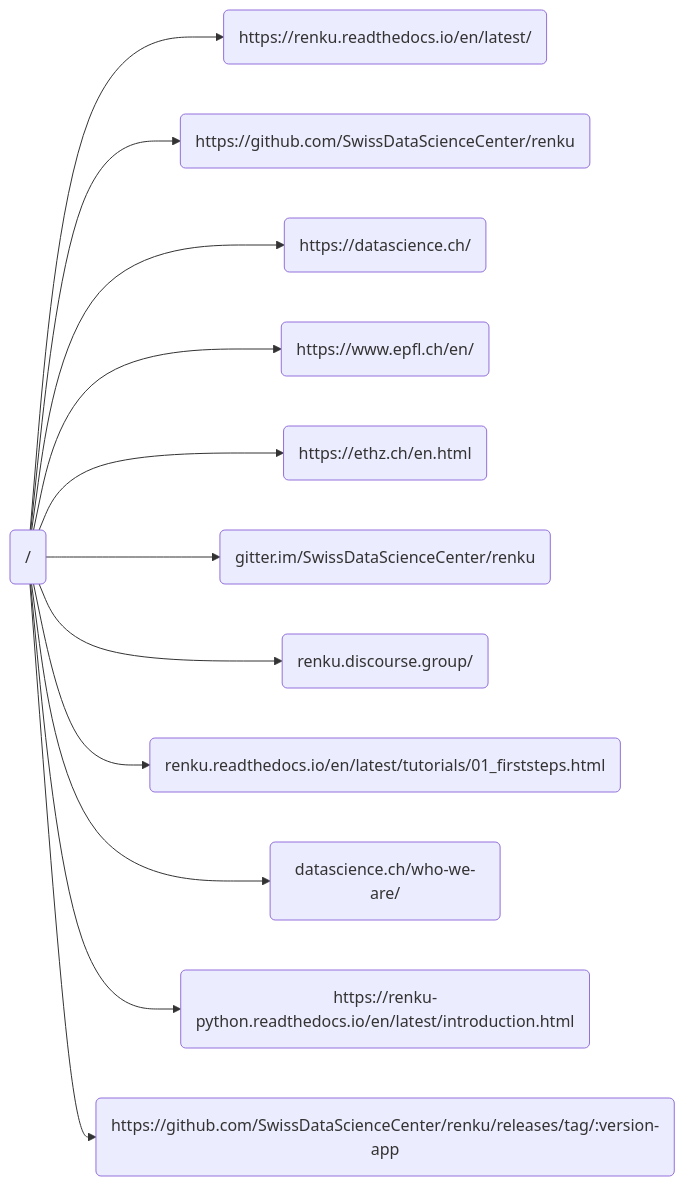
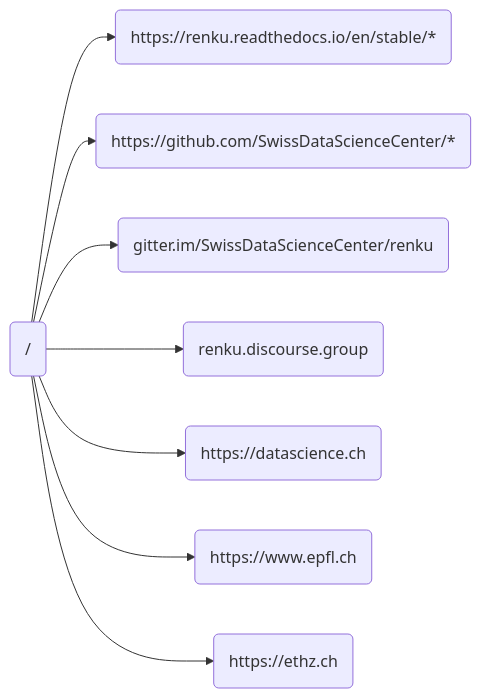
One commit to SwissDataScienceCenter/renku-ui changed the second of 2 diagrams in README.md. Above: the diagram before and after it, drawn with Mermaid. The commit also changed other lines of this file, not shown here.

````diff
--- a/README.md
+++ b/README.md
@@ -363,14 +272,10 @@
 ```mermaid
 flowchart LR
-      A(/)-->B(https://renku.readthedocs.io/en/latest/)
-      A-->C(https://github.com/SwissDataScienceCenter/renku)
-      A-->D(https://datascience.ch/)
-      A-->E(https://www.epfl.ch/en/)
-      A-->F(https://ethz.ch/en.html)
-      A-->G(gitter.im/SwissDataScienceCenter/renku)
-      A-->H(renku.discourse.group/)
-      A-->I(renku.readthedocs.io/en/latest/tutorials/01_firststeps.html)
-      A-->J(datascience.ch/who-we-are/)
-      A-->K(https://renku-python.readthedocs.io/en/latest/introduction.html)
-      A-->L(https://github.com/SwissDataScienceCenter/renku/releases/tag/:version-app)
+    A(/)-->B(https://renku.readthedocs.io/en/stable/*)
+    A-->C(https://github.com/SwissDataScienceCenter/*)
+    A-->G(gitter.im/SwissDataScienceCenter/renku)
+    A-->H(renku.discourse.group)
+    A-->D(https://datascience.ch)
+    A-->E(https://www.epfl.ch)
+    A-->F(https://ethz.ch)
 ```
````
